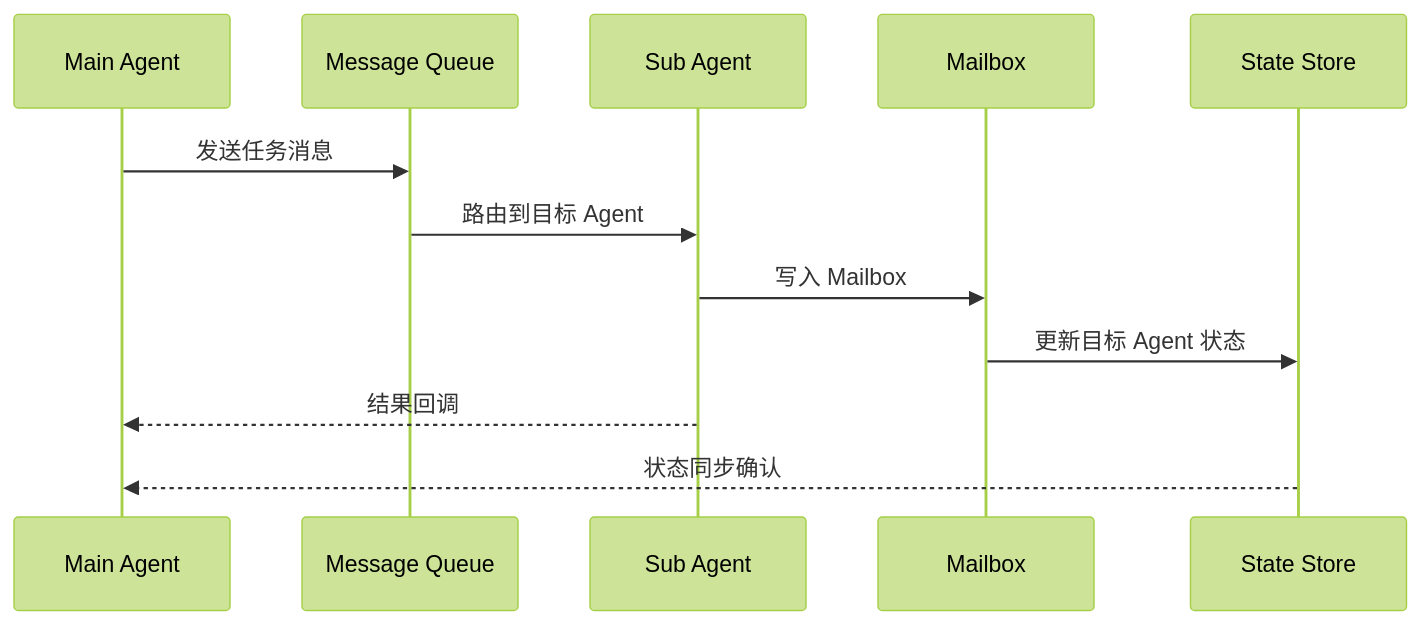
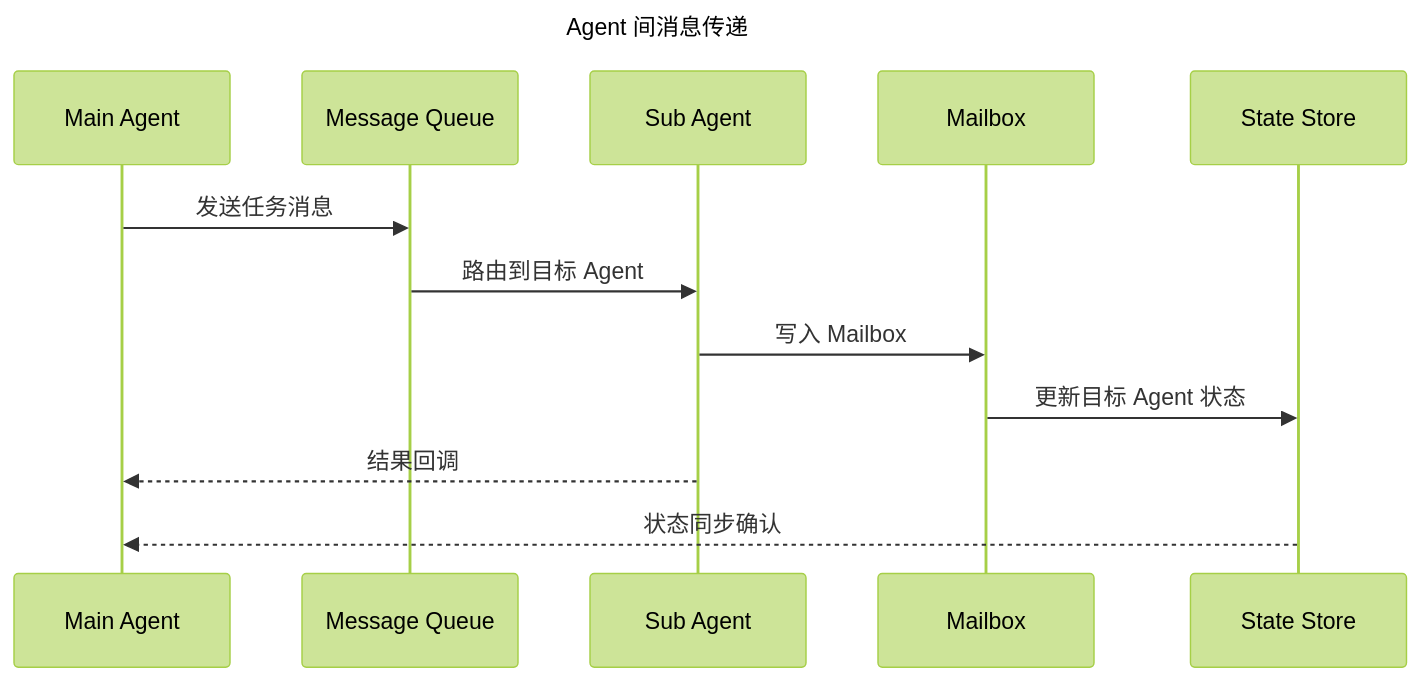
Diagram 11 of 15 in docs/06-data-flow.md (Taotie2002/claude-code-deep-dive), drawn with Mermaid (forest theme) before and after one commit. The commit also changed other lines of this file and 12 other files, not shown here.

````diff
--- a/docs/06-data-flow.md
+++ b/docs/06-data-flow.md
@@ -234,15 +264,18 @@
 ```mermaid
+---
+title: Agent 间消息传递
+---
 sequenceDiagram
     participant M as Main Agent
     participant MQ as Message Queue
     participant A as Sub Agent
     participant MB as Mailbox
     participant ST as State Store
 
     M->>MQ: 发送任务消息
     MQ->>A: 路由到目标 Agent
     A->>MB: 写入 Mailbox
     MB->>ST: 更新目标 Agent 状态
     A-->>M: 结果回调
     ST-->>M: 状态同步确认
 ```
````
